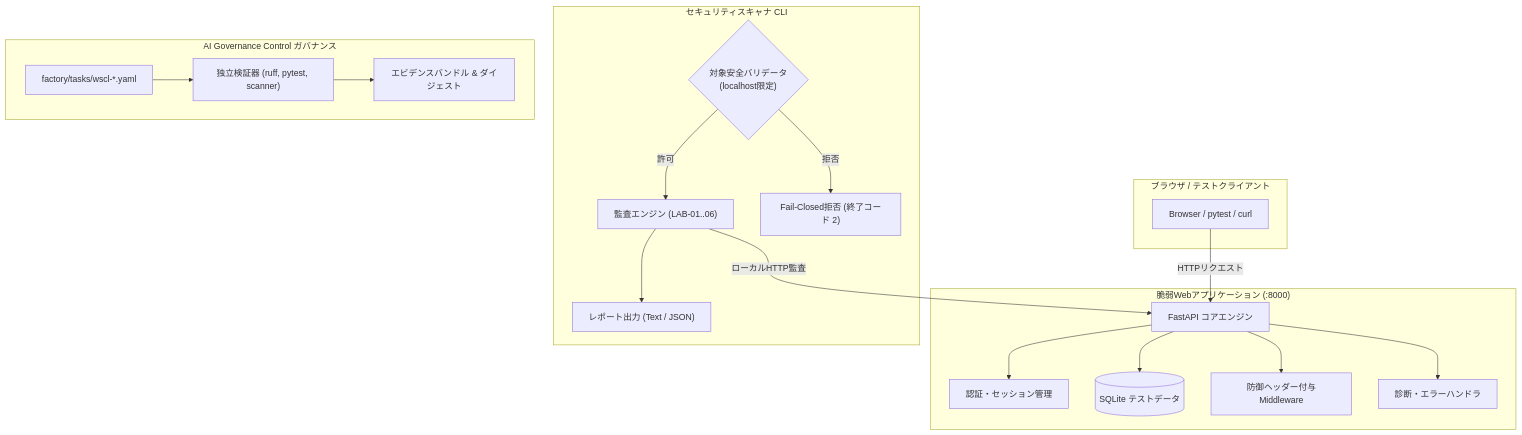
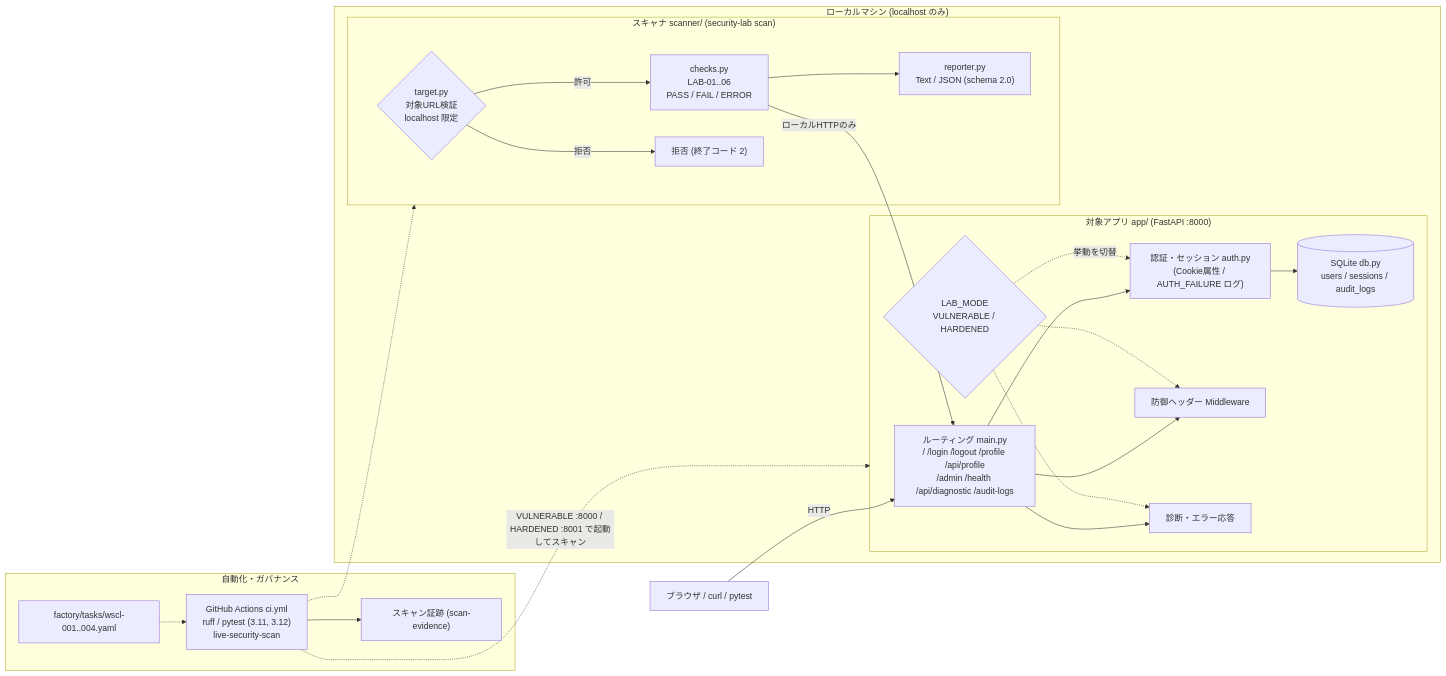
One commit to moruku36/web-security-control-lab changed the diagram in docs/ARCHITECTURE.md. Above: the diagram before and after it, drawn with Mermaid. The commit also changed other lines of this file and 3 other files, not shown here.

First line of the commit message:
docs: fix README EN/JA inconsistencies and replace architecture image with Mermaid

````diff
--- a/docs/ARCHITECTURE.md
+++ b/docs/ARCHITECTURE.md
@@ -13,40 +13,44 @@
 ```mermaid
-flowchart TD
-    subgraph Browser / User / Automated Test ["ブラウザ / テストクライアント"]
-        Client["Browser / pytest / curl"]
+flowchart LR
+    User["ブラウザ / curl / pytest"]
+
+    subgraph Host["ローカルマシン (localhost のみ)"]
+        subgraph App["対象アプリ app/ (FastAPI :8000)"]
+            Routes["ルーティング main.py<br/>/ /login /logout /profile /api/profile<br/>/admin /health /api/diagnostic /audit-logs"]
+            Auth["認証・セッション auth.py<br/>(Cookie属性 / AUTH_FAILURE ログ)"]
+            Headers["防御ヘッダー Middleware"]
+            Diag["診断・エラー応答"]
+            Mode{"LAB_MODE<br/>VULNERABLE / HARDENED"}
+            DB[("SQLite db.py<br/>users / sessions / audit_logs")]
+            Routes --> Auth
+            Routes --> Headers
+            Routes --> Diag
+            Auth --> DB
+            Mode -.->|挙動を切替| Auth
+            Mode -.-> Headers
+            Mode -.-> Diag
+        end
+
+        subgraph Scanner["スキャナ scanner/ (security-lab scan)"]
+            Validator{"target.py<br/>対象URL検証<br/>localhost 限定"}
+            Checks["checks.py<br/>LAB-01..06<br/>PASS / FAIL / ERROR"]
+            Reporter["reporter.py<br/>Text / JSON (schema 2.0)"]
+            Refuse["拒否 (終了コード 2)"]
+            Validator -->|許可| Checks --> Reporter
+            Validator -->|拒否| Refuse
+        end
     end
 
-    subgraph AppContainer ["脆弱Webアプリケーション (:8000)"]
-        App["FastAPI コアエンジン"]
-        Auth["認証・セッション管理"]
-        DB[("SQLite テストデータ")]
-        Headers["防御ヘッダー付与Middleware"]
-        Diagnostic["診断・エラーハンドラ"]
-
-        App --> Auth
-        App --> DB
-        App --> Headers
-        App --> Diagnostic
+    subgraph Auto["自動化・ガバナンス"]
+        Manifest["factory/tasks/wscl-001..004.yaml"]
+        CI["GitHub Actions ci.yml<br/>ruff / pytest (3.11, 3.12)<br/>live-security-scan"]
+        Evidence["スキャン証跡 (scan-evidence)"]
+        Manifest -.-> CI
+        CI --> Evidence
     end
 
-    subgraph ScannerContainer ["セキュリティスキャナ CLI"]
-        TargetVal{"対象安全バリデータ<br/>(localhost限定)"}
-        ScanEngine["監査エンジン (LAB-01..06)"]
-        Reporter["レポート出力 (Text / JSON)"]
-
-        TargetVal -->|許可| ScanEngine
-        TargetVal -->|拒否| Refuse["Fail-Closed拒否 (終了コード 2)"]
-        ScanEngine --> Reporter
-    end
-
-    subgraph FactoryContainer ["AI Governance Control ガバナンス"]
-        Manifest["factory/tasks/wscl-*.yaml"]
-        Verifier["独立検証器 (ruff, pytest, scanner)"]
-        Bundle["エビデンスバンドル & ダイジェスト"]
-
-        Manifest --> Verifier --> Bundle
-    end
-
-    Client -->|HTTPリクエスト| App
-    ScanEngine -->|ローカルHTTP監査| App
+    User -->|HTTP| Routes
+    Checks -->|ローカルHTTPのみ| Routes
+    CI -.->|VULNERABLE :8000 / HARDENED :8001 で起動してスキャン| App
+    CI -.-> Scanner
 ```
````
